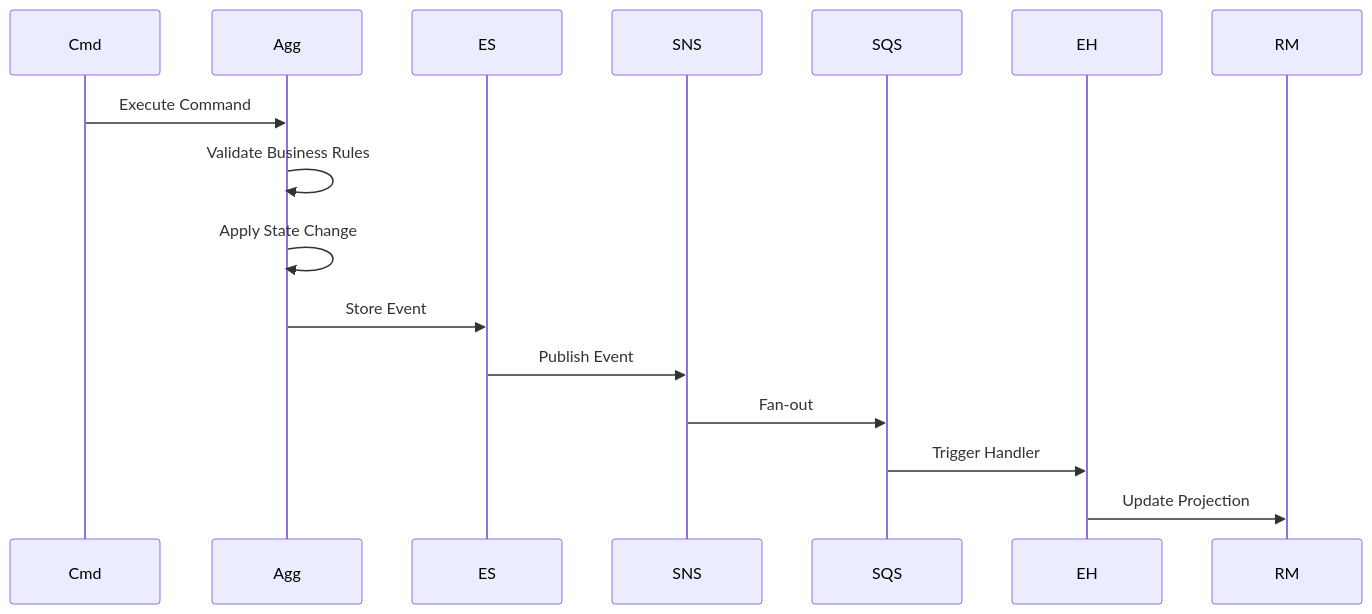
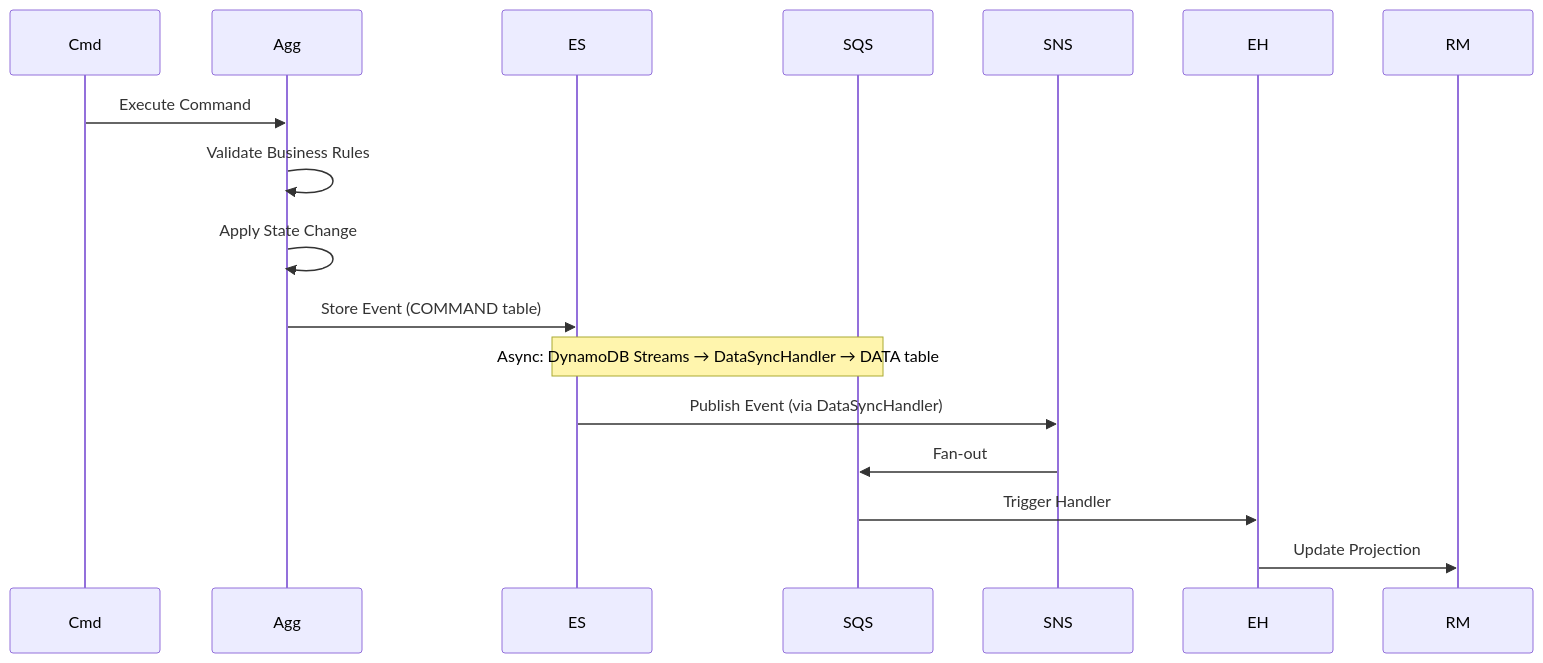
One commit to mbc-net/mbc-cqrs-serverless-doc changed the second of 4 diagrams in docs/architecture/event-sourcing.md. Above: the diagram before and after it, drawn with Mermaid. The commit also changed other lines of this file and 8 other files, not shown here.

First line of the commit message:
fix(docs): correct event flow in architecture docs, notification return type, and dead imports

````diff
--- a/docs/architecture/event-sourcing.md
+++ b/docs/architecture/event-sourcing.md
@@ -47,11 +47,12 @@
 ```mermaid
 sequenceDiagram
     Cmd->>Agg: Execute Command
     Agg->>Agg: Validate Business Rules
     Agg->>Agg: Apply State Change
-    Agg->>ES: Store Event
-    ES->>SNS: Publish Event
+    Agg->>ES: Store Event (COMMAND table)
+    Note over ES,SQS: Async: DynamoDB Streams → DataSyncHandler → DATA table
+    ES->>SNS: Publish Event (via DataSyncHandler)
     SNS->>SQS: Fan-out
     SQS->>EH: Trigger Handler
     EH->>RM: Update Projection
 ```
````
